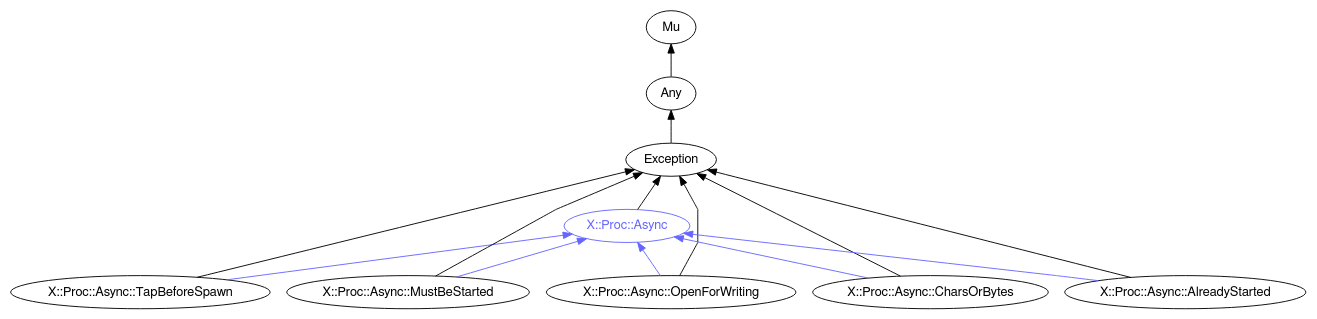
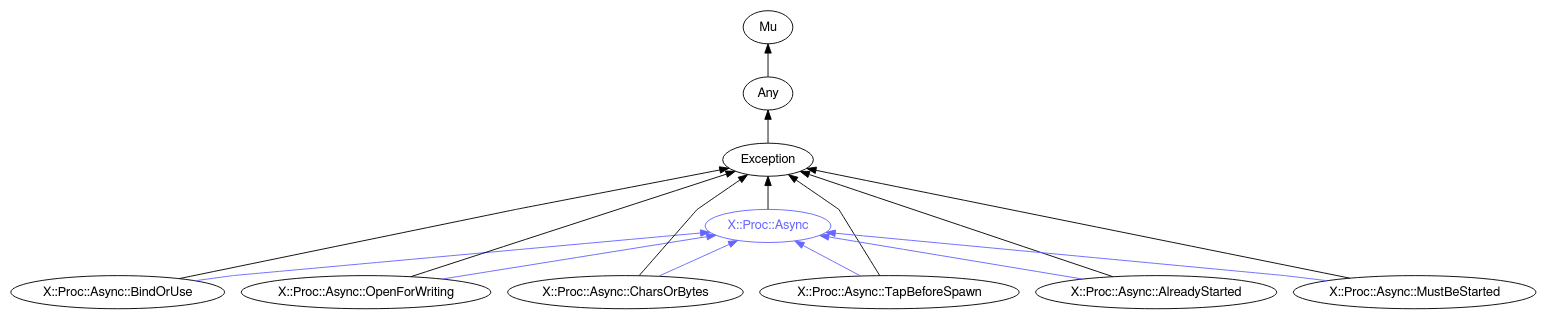
The diagram in images/type-graph-X::Proc::Async.svg.dot (rakudocs/rakudocs.github.io), drawn with Graphviz before and after one commit. The commit also changed 863 other files, not shown here.

```diff
--- a/images/type-graph-X::Proc::Async.svg.dot
+++ b/images/type-graph-X::Proc::Async.svg.dot
@@ -1,32 +1,35 @@
 digraph "perl6-type-graph" {
     rankdir=BT;
     splines=polyline;
     overlap=false; 
     // Types
     "X::Proc::Async" [color="#6666FF", fontcolor="#6666FF", href="/type/X::Proc::Async", fontname="FreeSans"];
     "Mu" [color="#000000", fontcolor="#000000", href="/type/Mu", fontname="FreeSans"];
     "Any" [color="#000000", fontcolor="#000000", href="/type/Any", fontname="FreeSans"];
     "Exception" [color="#000000", fontcolor="#000000", href="/type/Exception", fontname="FreeSans"];
-    "X::Proc::Async::TapBeforeSpawn" [color="#000000", fontcolor="#000000", href="/type/X::Proc::Async::TapBeforeSpawn", fontname="FreeSans"];
-    "X::Proc::Async::MustBeStarted" [color="#000000", fontcolor="#000000", href="/type/X::Proc::Async::MustBeStarted", fontname="FreeSans"];
+    "X::Proc::Async::BindOrUse" [color="#000000", fontcolor="#000000", href="/type/X::Proc::Async::BindOrUse", fontname="FreeSans"];
     "X::Proc::Async::OpenForWriting" [color="#000000", fontcolor="#000000", href="/type/X::Proc::Async::OpenForWriting", fontname="FreeSans"];
     "X::Proc::Async::CharsOrBytes" [color="#000000", fontcolor="#000000", href="/type/X::Proc::Async::CharsOrBytes", fontname="FreeSans"];
+    "X::Proc::Async::TapBeforeSpawn" [color="#000000", fontcolor="#000000", href="/type/X::Proc::Async::TapBeforeSpawn", fontname="FreeSans"];
     "X::Proc::Async::AlreadyStarted" [color="#000000", fontcolor="#000000", href="/type/X::Proc::Async::AlreadyStarted", fontname="FreeSans"];
+    "X::Proc::Async::MustBeStarted" [color="#000000", fontcolor="#000000", href="/type/X::Proc::Async::MustBeStarted", fontname="FreeSans"];
 
     // Superclasses
     "X::Proc::Async" -> "Exception" [color="#000000"];
     "Any" -> "Mu" [color="#000000"];
     "Exception" -> "Any" [color="#000000"];
-    "X::Proc::Async::TapBeforeSpawn" -> "Exception" [color="#000000"];
-    "X::Proc::Async::MustBeStarted" -> "Exception" [color="#000000"];
+    "X::Proc::Async::BindOrUse" -> "Exception" [color="#000000"];
     "X::Proc::Async::OpenForWriting" -> "Exception" [color="#000000"];
     "X::Proc::Async::CharsOrBytes" -> "Exception" [color="#000000"];
+    "X::Proc::Async::TapBeforeSpawn" -> "Exception" [color="#000000"];
     "X::Proc::Async::AlreadyStarted" -> "Exception" [color="#000000"];
+    "X::Proc::Async::MustBeStarted" -> "Exception" [color="#000000"];
 
     // Roles
-    "X::Proc::Async::TapBeforeSpawn" -> "X::Proc::Async" [color="#6666FF"];
-    "X::Proc::Async::MustBeStarted" -> "X::Proc::Async" [color="#6666FF"];
+    "X::Proc::Async::BindOrUse" -> "X::Proc::Async" [color="#6666FF"];
     "X::Proc::Async::OpenForWriting" -> "X::Proc::Async" [color="#6666FF"];
     "X::Proc::Async::CharsOrBytes" -> "X::Proc::Async" [color="#6666FF"];
+    "X::Proc::Async::TapBeforeSpawn" -> "X::Proc::Async" [color="#6666FF"];
     "X::Proc::Async::AlreadyStarted" -> "X::Proc::Async" [color="#6666FF"];
+    "X::Proc::Async::MustBeStarted" -> "X::Proc::Async" [color="#6666FF"];
 }
```
